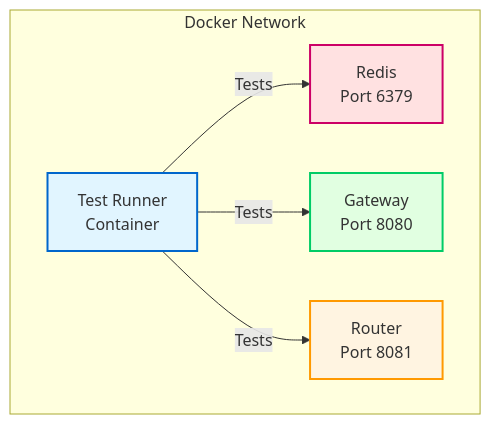
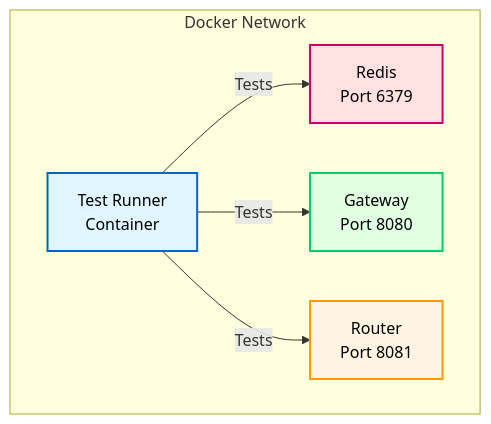
Before and after one commit to actual-software/mcp-bridge: the diagram in test/PRODUCTION_TESTING.md, drawn with Mermaid. The commit also changed 10 other files, not shown here.

First line of the commit message:
fix: Improve Mermaid diagram text contrast with explicit black color

````diff
--- a/test/PRODUCTION_TESTING.md
+++ b/test/PRODUCTION_TESTING.md
@@ -35,18 +35,18 @@
 ```mermaid
 graph TB
     subgraph "Docker Network"
         Redis[Redis<br/>Port 6379]
         Gateway[Gateway<br/>Port 8080]
         Router[Router<br/>Port 8081]
         TestRunner[Test Runner<br/>Container]
 
         TestRunner -->|Tests| Redis
         TestRunner -->|Tests| Gateway
         TestRunner -->|Tests| Router
     end
 
-    style Redis fill:#ffe1e1,stroke:#cc0066,stroke-width:2px
-    style Gateway fill:#e1ffe1,stroke:#00cc66,stroke-width:2px
-    style Router fill:#fff4e1,stroke:#ff9900,stroke-width:2px
-    style TestRunner fill:#e1f5ff,stroke:#0066cc,stroke-width:2px
+    style Redis fill:#ffe1e1,stroke:#cc0066,stroke-width:2px,color:#000
+    style Gateway fill:#e1ffe1,stroke:#00cc66,stroke-width:2px,color:#000
+    style Router fill:#fff4e1,stroke:#ff9900,stroke-width:2px,color:#000
+    style TestRunner fill:#e1f5ff,stroke:#0066cc,stroke-width:2px,color:#000
 ```
````
